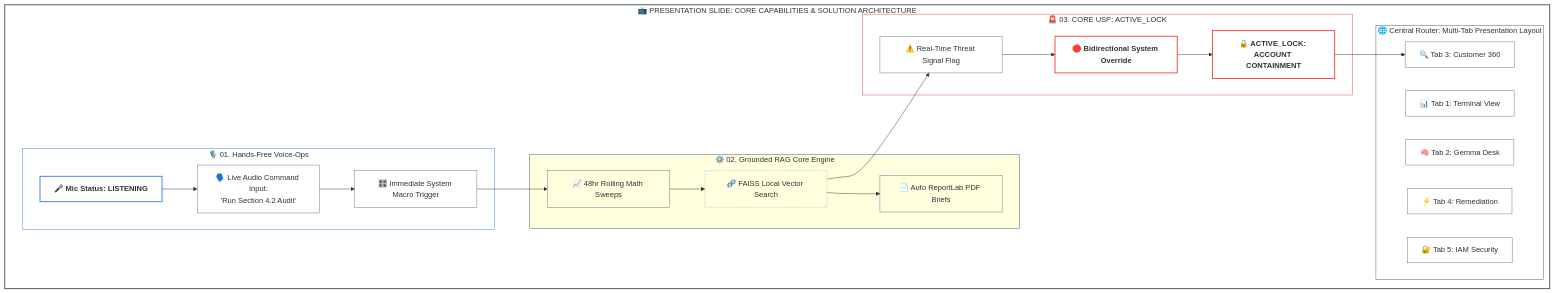
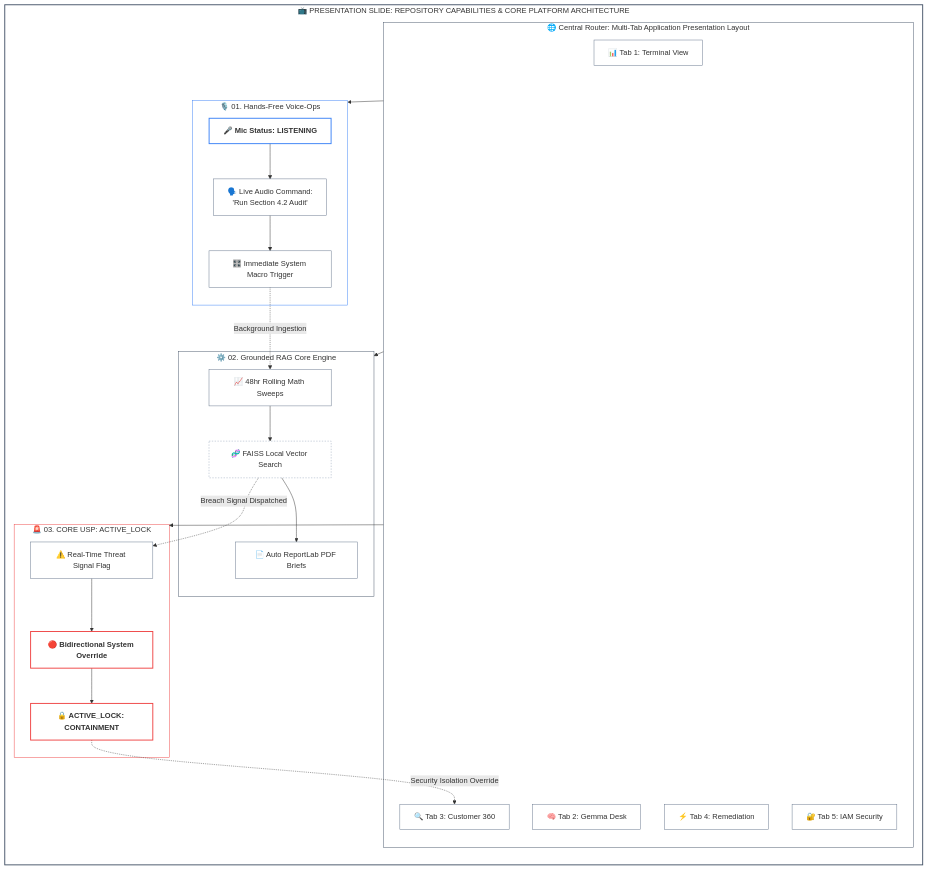
Before and after one commit to SRINIVASTA/global-exchanges-tracker: the diagram in README.md, drawn with Mermaid.

````diff
--- a/README.md
+++ b/README.md
@@ -1,65 +1,62 @@
 ```mermaid
-graph TD
-    %% Main Slide Wrapper Frame
-    subgraph SLIDE [📺 PRESENTATION SLIDE: CORE CAPABILITIES & SOLUTION ARCHITECTURE]
+graph LR
+    %% Main Slide Outer Frame Layout
+    subgraph SLIDE [📺 PRESENTATION SLIDE: REPOSITORY CAPABILITIES & CORE PLATFORM ARCHITECTURE]
         
-        %% Central Top Navigation Tabs Framework
-        subgraph NAV [🌐 Central Router: Multi-Tab Presentation Layout]
+        %% Central Top Navigation Tabs Framework (Horizontal Bar)
+        subgraph NAV [🌐 Central Router: Multi-Tab Application Presentation Layout]
             T1[📊 Tab 1: Terminal View]
             T2[🧠 Tab 2: Gemma Desk]
             T3[🔍 Tab 3: Customer 360]
             T4[⚡ Tab 4: Remediation]
             T5[🔐 Tab 5: IAM Security]
         end
 
-        %% Left Column: Voice Feature Node
+        %% Widescreen 3-Column Grid Execution (Linked parallel underneath the tab router)
         subgraph COL1 [🎙️ 01. Hands-Free Voice-Ops]
-            V1[🎤 Mic Status: LISTENING]
-            V2["🗣️ Live Audio Command Input:<br>'Run Section 4.2 Audit'"]
-            V3[🎛️ Immediate System Macro Trigger]
-            V1 --> V2 --> V3
+            V1[🎤 Mic Status: LISTENING] --> V2["🗣️ Live Audio Command:<br>'Run Section 4.2 Audit'"]
+            V2 --> V3[🎛️ Immediate System Macro Trigger]
         end
 
-        %% Center Column: Core Analytics Processing Node
         subgraph COL2 [⚙️ 02. Grounded RAG Core Engine]
-            M1[📈 48hr Rolling Math Sweeps]
-            M2[🧬 FAISS Local Vector Search]
-            M3[📄 Auto ReportLab PDF Briefs]
-            M1 --> M2 --> M3
+            M1[📈 48hr Rolling Math Sweeps] --> M2[🧬 FAISS Local Vector Search]
+            M2 --> M3[📄 Auto ReportLab PDF Briefs]
         end
 
-        %% Right Column: Core USP Feature Node
         subgraph COL3 [🚨 03. CORE USP: ACTIVE_LOCK]
-            A1[⚠️ Real-Time Threat Signal Flag]
-            A2[🔴 Bidirectional System Override]
-            A3[🔒 ACTIVE_LOCK: ACCOUNT CONTAINMENT]
-            A1 --> A2 --> A3
+            A1[⚠️ Real-Time Threat Signal Flag] --> A2[🔴 Bidirectional System Override]
+            A2 --> A3[🔒 ACTIVE_LOCK: CONTAINMENT]
         end
 
     end
+
+    %% Structural Alignment Pathways (Forces columns to span wide beneath the horizontal NAV bar)
+    NAV --> COL1
+    NAV --> COL2
+    NAV --> COL3
+
+    %% Inter-widget interface dependencies data routing pathways
+    V3 -.->|Background Ingestion| M1
+    M2 -.->|Breach Signal Dispatched| A1
+    A3 -.->|Security Isolation Override| T3
 
     %% Class Matrix Mappings (GitHub strict compiler validation routing)
     class T1,T2,T3,T4,T5,V2,V3,M1,M3,A1 widget;
     class V1 voiceActive;
     class A2,A3 alertActive;
     class M2 dataNode;
 
-    %% Global Workspace Styles (Forced stroke blueprints to eradicate black blocks)
+    %% Global Workspace Styles (Forced stroke blueprints to completely eradicate black blocks)
     classDef default fill:none,stroke:#475569,stroke-width:2px;
     classDef widget fill:none,stroke:#64748B,stroke-width:1px;
     classDef voiceActive fill:none,stroke:#3B82F6,stroke-width:2px,font-weight:bold;
     classDef alertActive fill:none,stroke:#EF4444,stroke-width:2px,font-weight:bold;
     classDef dataNode fill:none,stroke:#94A3B8,stroke-width:1px,stroke-dasharray: 3 3;
 
     %% Outer Boundary Color Normalization Parameters
     style SLIDE fill:none,stroke:#475569,stroke-width:2px
     style NAV fill:none,stroke:#475569
     style COL1 fill:none,stroke:#3B82F6,stroke-width:1px
-    style COL2 fill:#none,stroke:#475569,stroke-width:1px
+    style COL2 fill:none,stroke:#475569,stroke-width:1px
     style COL3 fill:none,stroke:#EF4444,stroke-width:1px
-
-    %% Inter-widget interface dependencies data routing pathways
-    V3 --> M1
-    M2 --> A1
-    A3 --> T3
 ```
````
